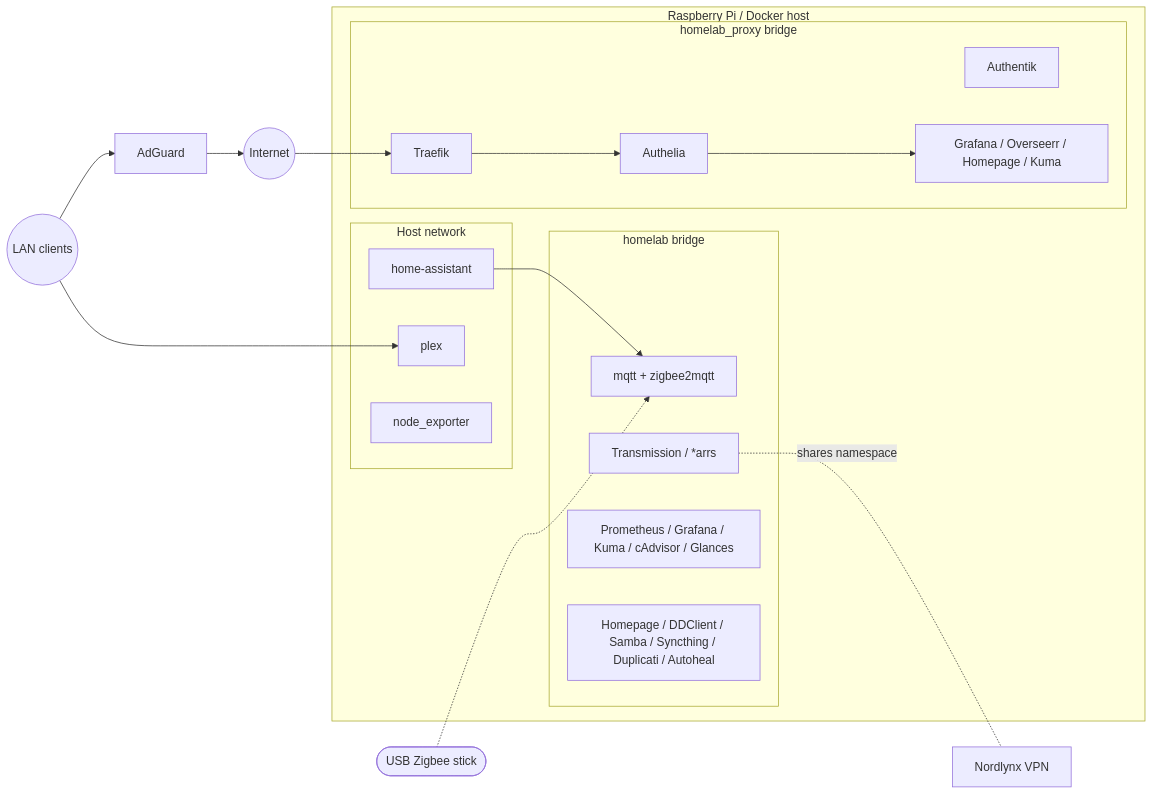
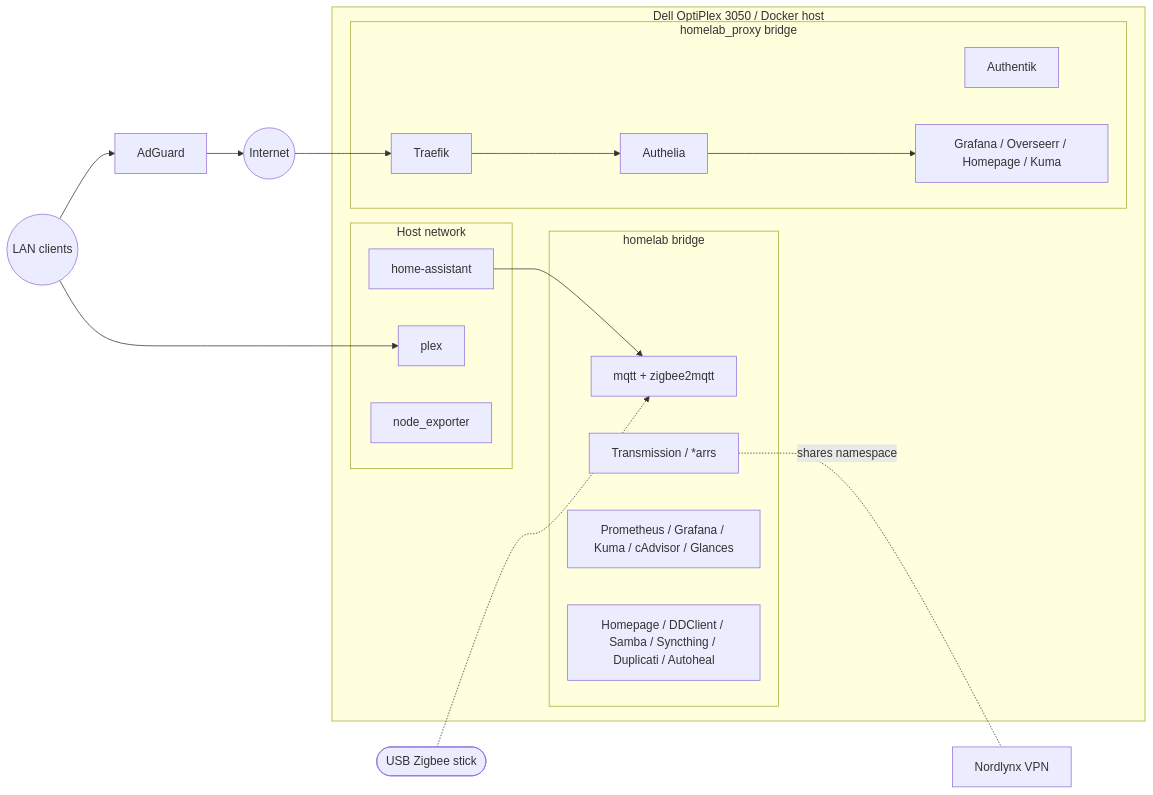
One commit to AntoineGlacet/home-server changed the diagram in README.md. Above: the diagram before and after it, drawn with Mermaid. The commit also changed other lines of this file and 11 other files, not shown here.

````diff
--- a/README.md
+++ b/README.md
@@ -72,34 +80,34 @@
 ```mermaid
 flowchart LR
-    subgraph Host["Raspberry Pi / Docker host"]
+    subgraph Host["Dell OptiPlex 3050 / Docker host"]
         subgraph HostNet["Host network"]
             homeassistant["home-assistant"]
             plex["plex"]
             nodeexporter["node_exporter"]
         end
 
         subgraph Homelab["homelab bridge"]
             mqtt["mqtt + zigbee2mqtt"]
             media["Transmission / *arrs"]
             monitoring["Prometheus / Grafana / Kuma / cAdvisor / Glances"]
             utilities["Homepage / DDClient / Samba / Syncthing / Duplicati / Autoheal"]
         end
 
         subgraph ProxyNet["homelab_proxy bridge"]
             traefik["Traefik"]
             authelia["Authelia"]
             authentik["Authentik"]
             portals["Grafana / Overseerr / Homepage / Kuma"]
         end
     end
 
     internet((Internet)) --> traefik
     traefik --> authelia --> portals
     lan((LAN clients)) --> adguard["AdGuard"]
     lan --> plex
 
     media -. shares namespace .- nordlynx["Nordlynx VPN"]
     homeassistant --> mqtt
     zigbee_usb(["USB Zigbee stick"]) -.-> mqtt
     adguard --> internet
 ```
````
